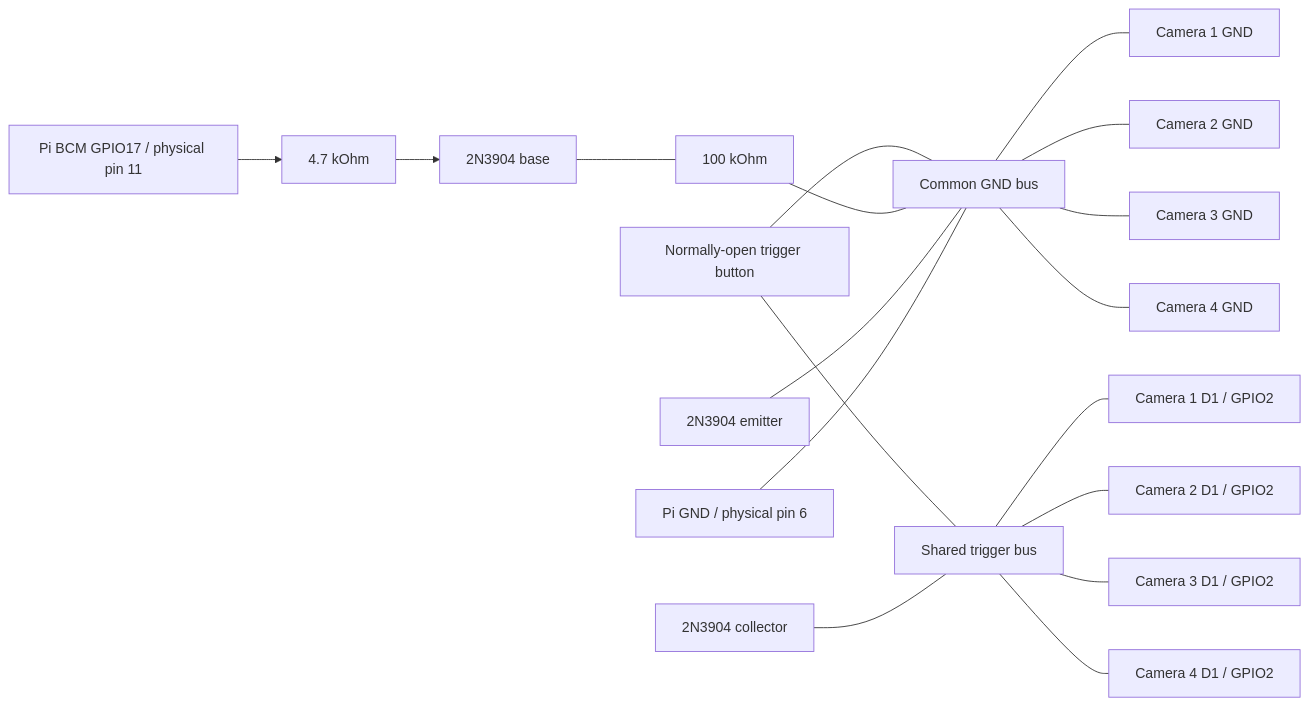
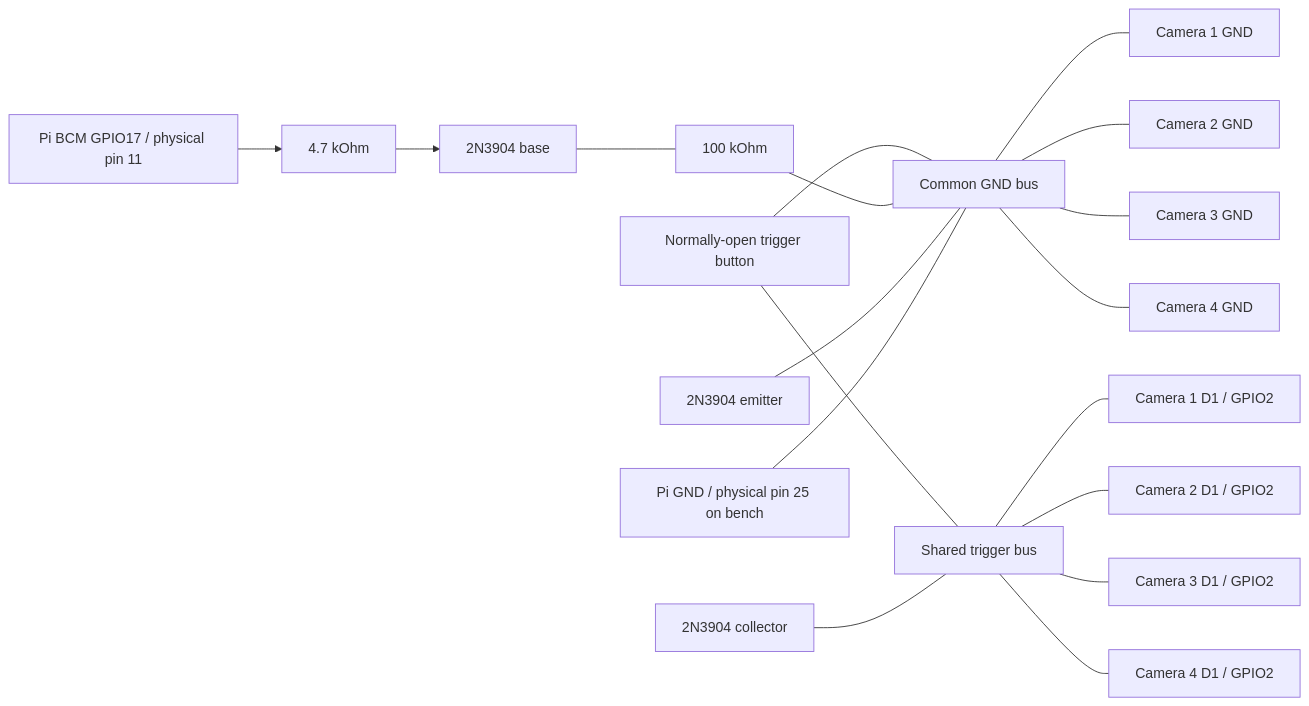
One commit to TylerMiddendorf/bullet-time-cam changed the diagram in README.md. Above: the diagram before and after it, drawn with Mermaid. The commit also changed other lines of this file and 11 other files, not shown here.

````diff
--- a/README.md
+++ b/README.md
@@ -129,27 +129,27 @@
 ```mermaid
 flowchart LR
   BTN["Normally-open trigger button"]
   TRIG["Shared trigger bus"]
   GND["Common GND bus"]
 
   BTN --- TRIG
   BTN --- GND
 
   TRIG --- C1D1["Camera 1 D1 / GPIO2"]
   TRIG --- C2D1["Camera 2 D1 / GPIO2"]
   TRIG --- C3D1["Camera 3 D1 / GPIO2"]
   TRIG --- C4D1["Camera 4 D1 / GPIO2"]
 
   GND --- C1G["Camera 1 GND"]
   GND --- C2G["Camera 2 GND"]
   GND --- C3G["Camera 3 GND"]
   GND --- C4G["Camera 4 GND"]
 
   PI17["Pi BCM GPIO17 / physical pin 11"] --> R47["4.7 kOhm"]
   R47 --> BASE["2N3904 base"]
   BASE --- R100["100 kOhm"]
   R100 --- GND
   EMITTER["2N3904 emitter"] --- GND
   COLLECTOR["2N3904 collector"] --- TRIG
-  PIG["Pi GND / physical pin 6"] --- GND
+  PIG["Pi GND / physical pin 25 on bench"] --- GND
 ```
````
